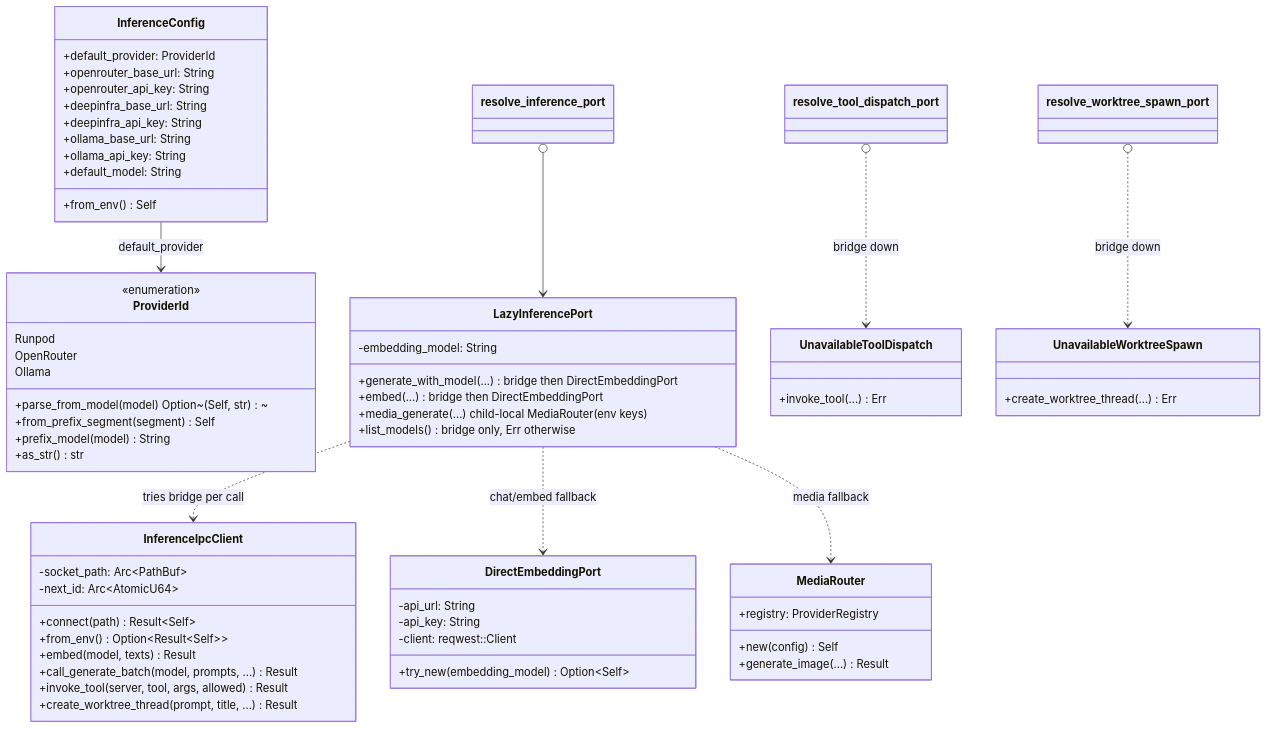
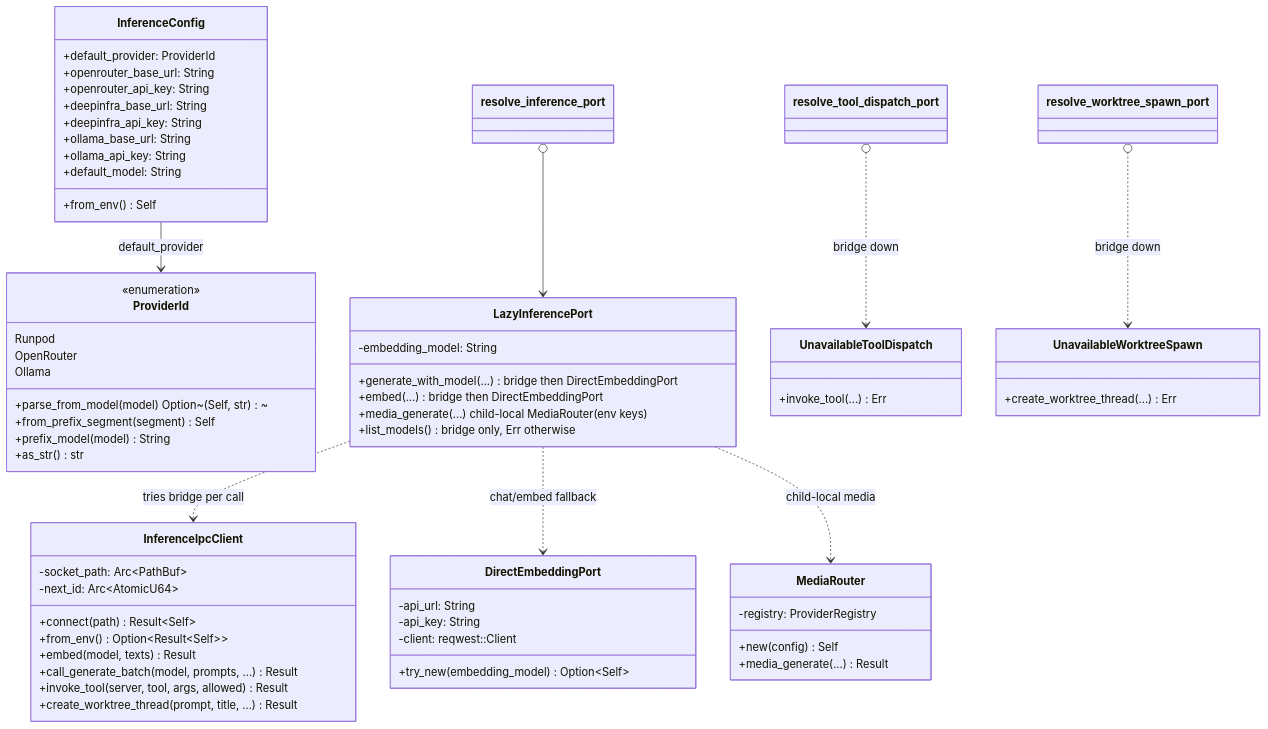
One commit to mdz-axo/zed-kask changed the diagram in kask/docs/diataxis/hkask-inference/reference.md. Above: the diagram before and after it, drawn with Mermaid. The commit also changed other lines of this file and 14 other files, not shown here.

````diff
--- a/kask/docs/diataxis/hkask-inference/reference.md
+++ b/kask/docs/diataxis/hkask-inference/reference.md
@@ -140,66 +136,66 @@
 ```mermaid
 classDiagram
     class ProviderId {
         <<enumeration>>
         Runpod
         OpenRouter
         Ollama
         +parse_from_model(model) Option~(Self, str)~
         +from_prefix_segment(segment) Self
         +prefix_model(model) String
         +as_str() str
     }
     class InferenceConfig {
         +default_provider: ProviderId
         +openrouter_base_url: String
         +openrouter_api_key: String
         +deepinfra_base_url: String
         +deepinfra_api_key: String
         +ollama_base_url: String
         +ollama_api_key: String
         +default_model: String
         +from_env() Self
     }
     class InferenceIpcClient {
         -socket_path: Arc~PathBuf~
         -next_id: Arc~AtomicU64~
         +connect(path) Result~Self~
         +from_env() Option~Result~Self~~
         +embed(model, texts) Result
         +call_generate_batch(model, prompts, ...) Result
         +invoke_tool(server, tool, args, allowed) Result
         +create_worktree_thread(prompt, title, ...) Result
     }
     class LazyInferencePort {
         -embedding_model: String
         +generate_with_model(...) bridge then DirectEmbeddingPort
         +embed(...) bridge then DirectEmbeddingPort
         +media_generate(...) child-local MediaRouter (env keys)
         +list_models() bridge only, Err otherwise
     }
     class DirectEmbeddingPort {
         -api_url: String
         -api_key: String
         -client: reqwest::Client
         +try_new(embedding_model) Option~Self~
     }
     class MediaRouter {
-        +registry: ProviderRegistry
+        -registry: ProviderRegistry
         +new(config) Self
-        +generate_image(...) Result
+        +media_generate(...) Result
     }
     class UnavailableToolDispatch {
         +invoke_tool(...) Err
     }
     class UnavailableWorktreeSpawn {
         +create_worktree_thread(...) Err
     }
 
     InferenceConfig --> ProviderId : default_provider
     LazyInferencePort ..> InferenceIpcClient : tries bridge per call
     LazyInferencePort ..> DirectEmbeddingPort : chat/embed fallback
-    LazyInferencePort ..> MediaRouter : media fallback
+    LazyInferencePort ..> MediaRouter : child-local media
     resolve_inference_port() --> LazyInferencePort
     resolve_tool_dispatch_port() ..> UnavailableToolDispatch : bridge down
     resolve_worktree_spawn_port() ..> UnavailableWorktreeSpawn : bridge down
 ```
````
